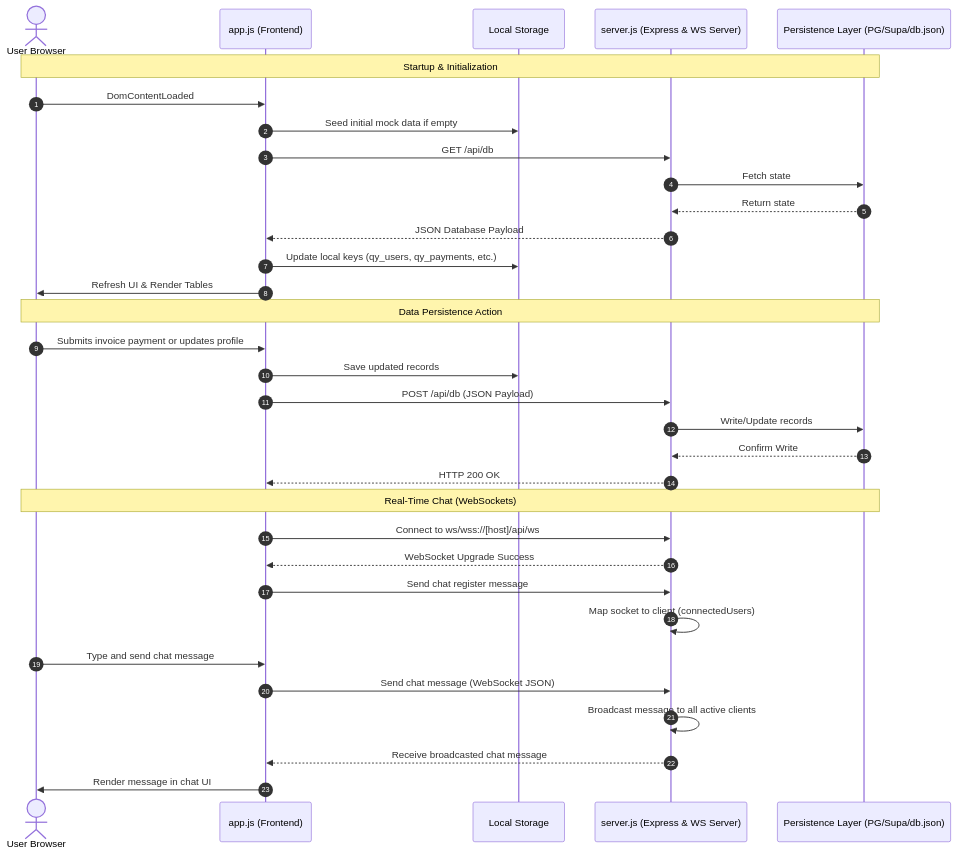
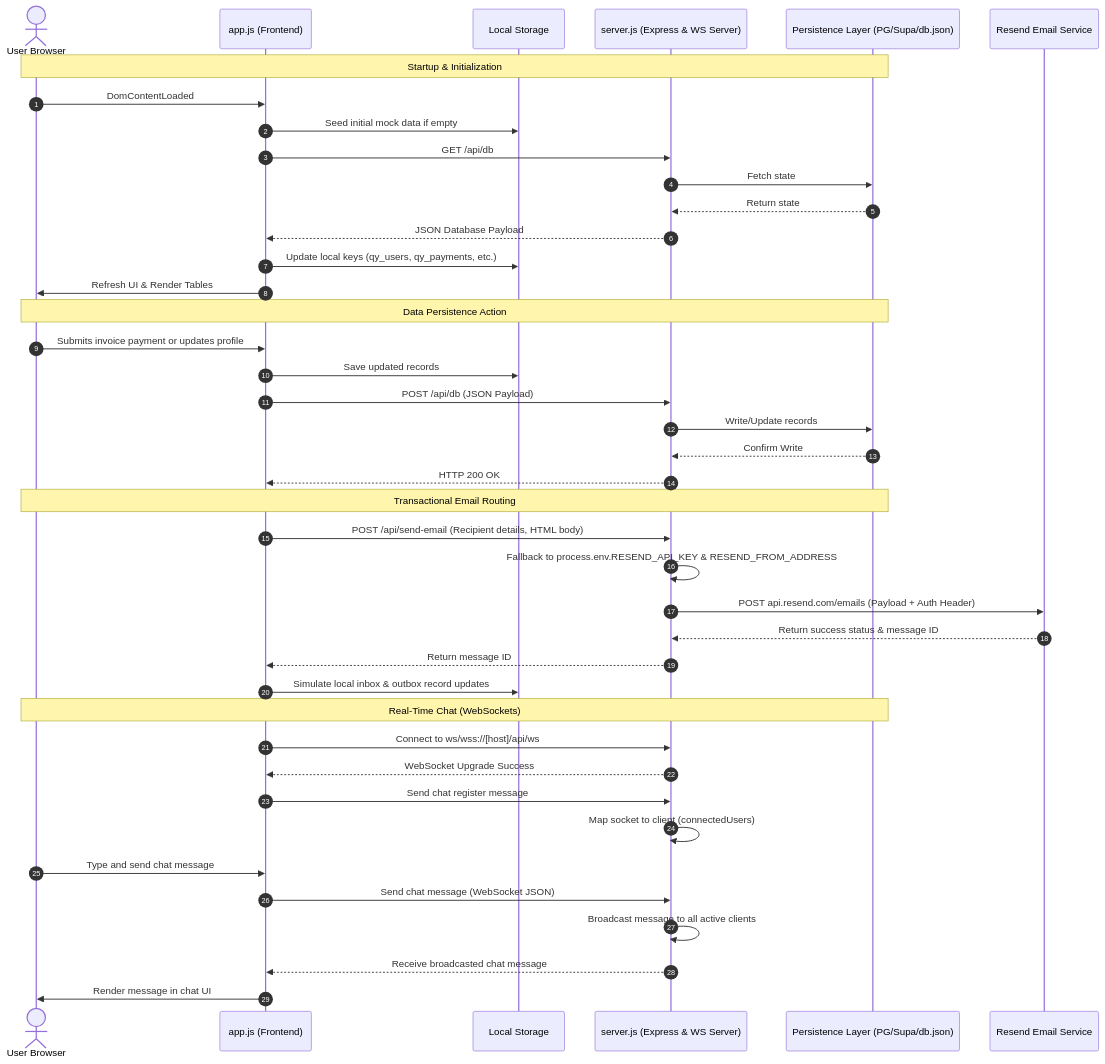
One commit to vivekkbagade/quantumyoga.xyz changed the third of 3 diagrams in wiki/SYSTEM_ARCHITECTURE.md. Above: the diagram before and after it, drawn with Mermaid. The commit also changed other lines of this file, not shown here.

Commit message:
docs: update system architecture with Resend API gateway and sequence flow

````diff
--- a/wiki/SYSTEM_ARCHITECTURE.md
+++ b/wiki/SYSTEM_ARCHITECTURE.md
@@ -88,38 +95,47 @@
 ```mermaid
 sequenceDiagram
     autonumber
     actor User as User Browser
     participant App as app.js (Frontend)
     participant LS as Local Storage
     participant Srv as server.js (Express & WS Server)
     participant DB as Persistence Layer (PG/Supa/db.json)
+    participant Resend as Resend Email Service
 
     Note over User, DB: Startup & Initialization
     User->>App: DomContentLoaded
     App->>LS: Seed initial mock data if empty
     App->>Srv: GET /api/db
     Srv->>DB: Fetch state
     DB-->>Srv: Return state
     Srv-->>App: JSON Database Payload
     App->>LS: Update local keys (qy_users, qy_payments, etc.)
     App->>User: Refresh UI & Render Tables
 
     Note over User, DB: Data Persistence Action
     User->>App: Submits invoice payment or updates profile
     App->>LS: Save updated records
     App->>Srv: POST /api/db (JSON Payload)
     Srv->>DB: Write/Update records
     DB-->>Srv: Confirm Write
     Srv-->>App: HTTP 200 OK
     
+    Note over User, DB: Transactional Email Routing
+    App->>Srv: POST /api/send-email (Recipient details, HTML body)
+    Srv->>Srv: Fallback to process.env.RESEND_API_KEY & RESEND_FROM_ADDRESS
+    Srv->>Resend: POST api.resend.com/emails (Payload + Auth Header)
+    Resend-->>Srv: Return success status & message ID
+    Srv-->>App: Return message ID
+    App->>LS: Simulate local inbox & outbox record updates
+
     Note over User, DB: Real-Time Chat (WebSockets)
     App->>Srv: Connect to ws/wss://[host]/api/ws
     Srv-->>App: WebSocket Upgrade Success
     App->>Srv: Send chat register message
     Srv->>Srv: Map socket to client (connectedUsers)
     User->>App: Type and send chat message
     App->>Srv: Send chat message (WebSocket JSON)
     Srv->>Srv: Broadcast message to all active clients
     Srv-->>App: Receive broadcasted chat message
     App->>User: Render message in chat UI
 ```
````
